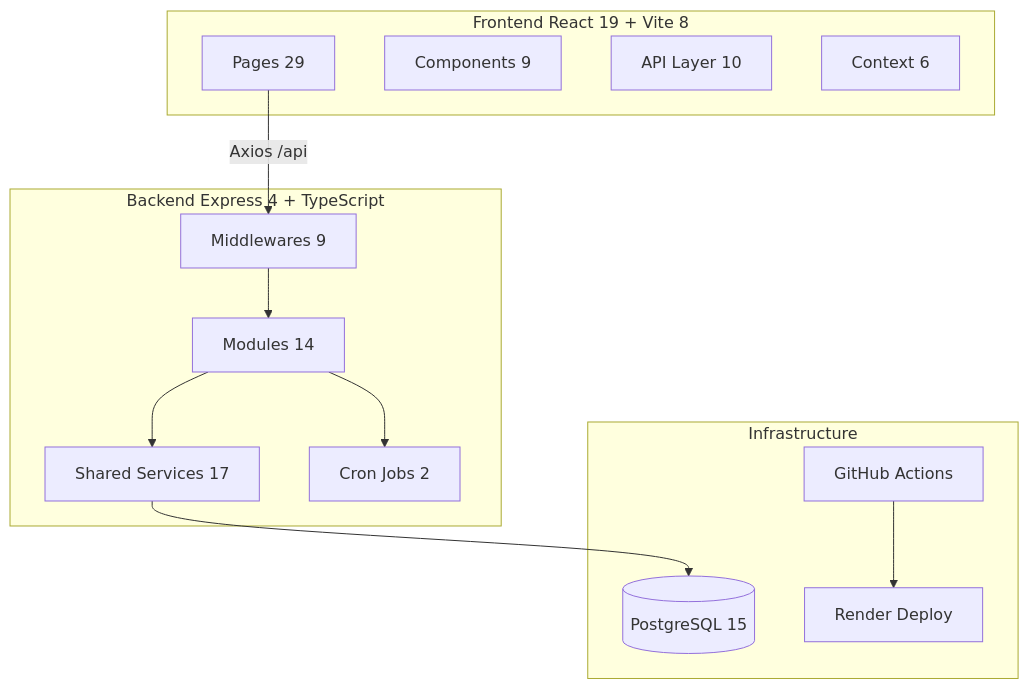
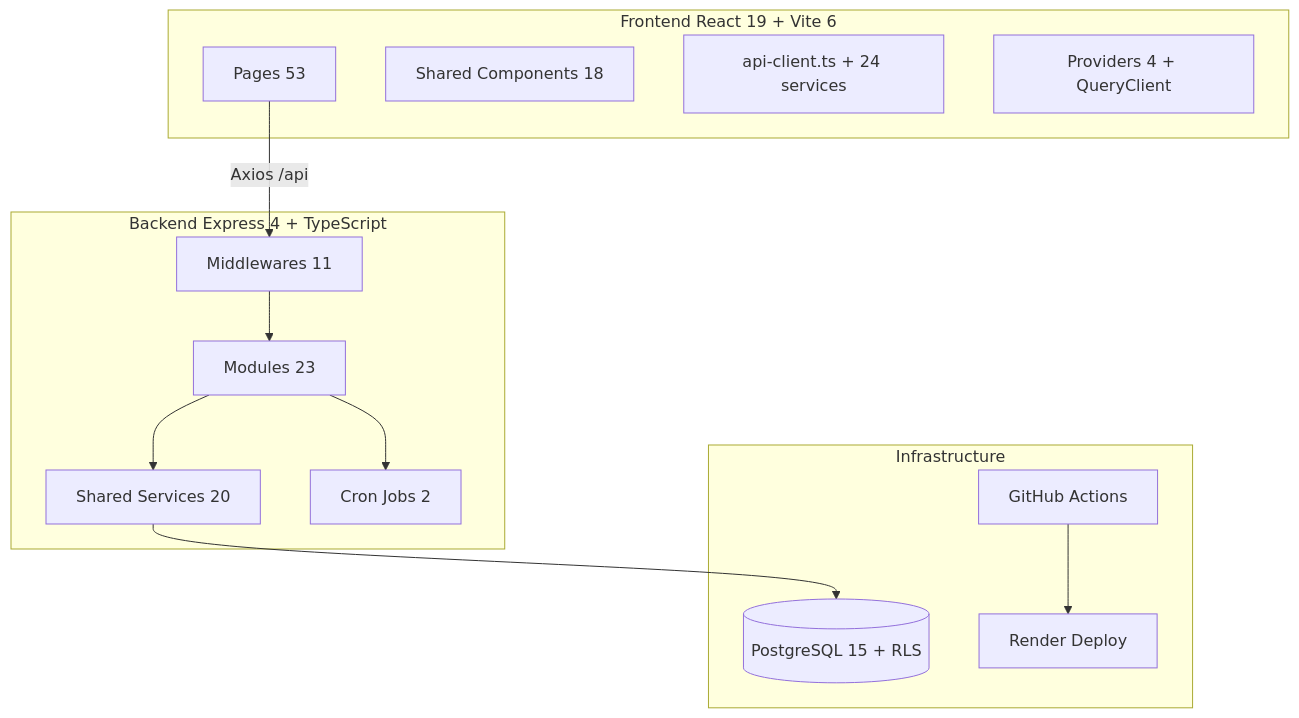
One commit to bentlyy/Clinica-Salud-Vital changed the first of 2 diagrams in wiki/01-ARQUITECTURA/Arquitectura-General.md. Above: the diagram before and after it, drawn with Mermaid. The commit also changed other lines of this file and 25 other files, not shown here.

Commit message:
docs: update wiki documentation and security.sql RLS refinements

````diff
--- a/wiki/01-ARQUITECTURA/Arquitectura-General.md
+++ b/wiki/01-ARQUITECTURA/Arquitectura-General.md
@@ -7,29 +7,29 @@
 ```mermaid
 graph TB
-    subgraph "Frontend React 19 + Vite 8"
-        P[Pages 29]
-        C[Components 9]
-        API[API Layer 10]
-        CTX[Context 6]
+    subgraph "Frontend React 19 + Vite 6"
+        P[Pages 53]
+        C[Shared Components 18]
+        API[api-client.ts + 24 services]
+        CTX[Providers 4 + QueryClient]
     end
 
     subgraph "Backend Express 4 + TypeScript"
-        MW[Middlewares 9]
-        MOD[Modules 14]
-        SH[Shared Services 17]
+        MW[Middlewares 11]
+        MOD[Modules 23]
+        SH[Shared Services 20]
         JB[Cron Jobs 2]
     end
 
     subgraph "Infrastructure"
-        PG[(PostgreSQL 15)]
+        PG[(PostgreSQL 15 + RLS)]
         RD[Render Deploy]
         GH[GitHub Actions]
     end
 
     P -->|Axios /api| MW
     MW --> MOD
     MOD --> SH
     SH --> PG
     MOD --> JB
     GH --> RD
 ```
````
